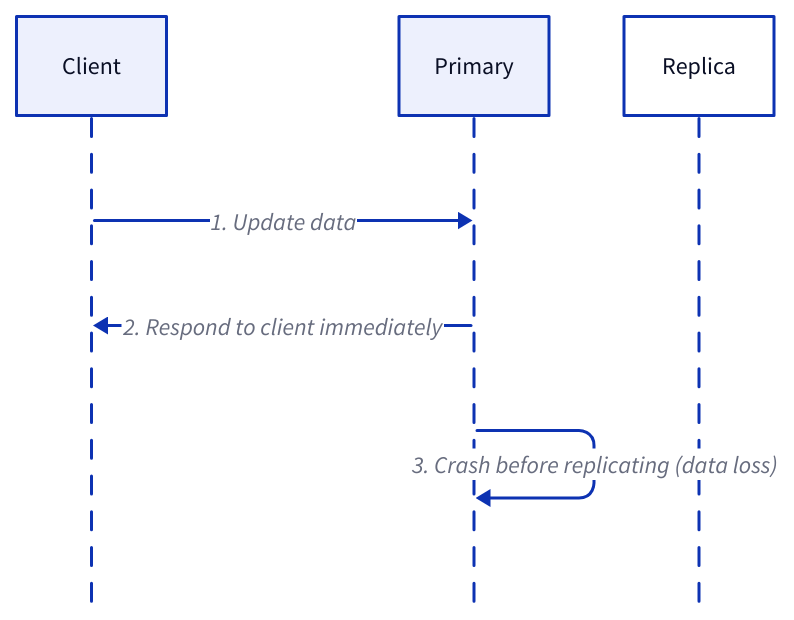
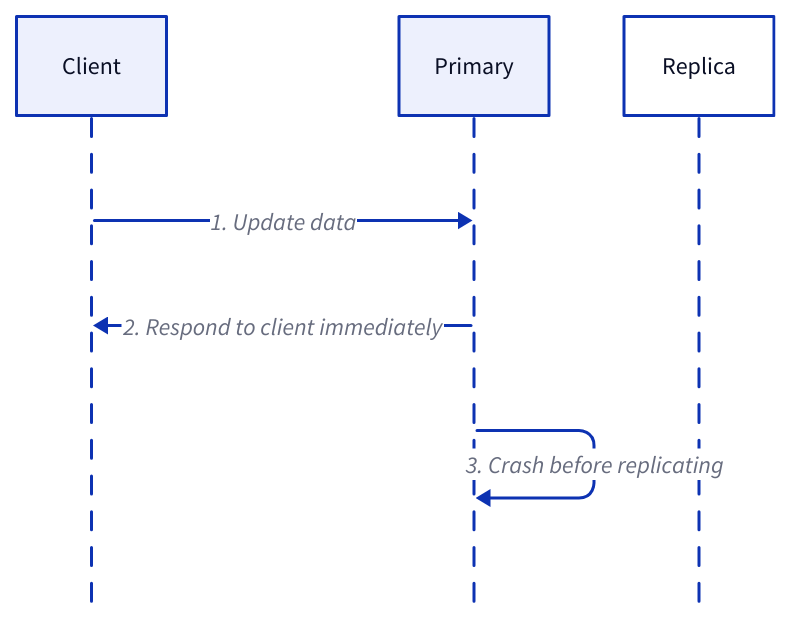
One commit to link1905/system-design-101 changed the sixth of 12 diagrams in content/docs/data-persistence/distributed-database/_index.md. Above: the diagram before and after it, drawn with D2. The commit also changed other lines of this file and 49 other files, not shown here.

````diff
--- a/content/docs/data-persistence/distributed-database/_index.md
+++ b/content/docs/data-persistence/distributed-database/_index.md
@@ -174,17 +176,17 @@
 ```d2
 shape: sequence_diagram
 client: Client {
     class: client
 }
 w: Primary {
     class: db
 }
 r: Replica {
     class: db
 }
 client -> w: 1. Update data
 w -> client: 2. Respond to client immediately
-w -> w: 3. Crash before replicating (data loss) {
+w -> w: 3. Crash before replicating {
     class: error-conn
 }
 ```
````
